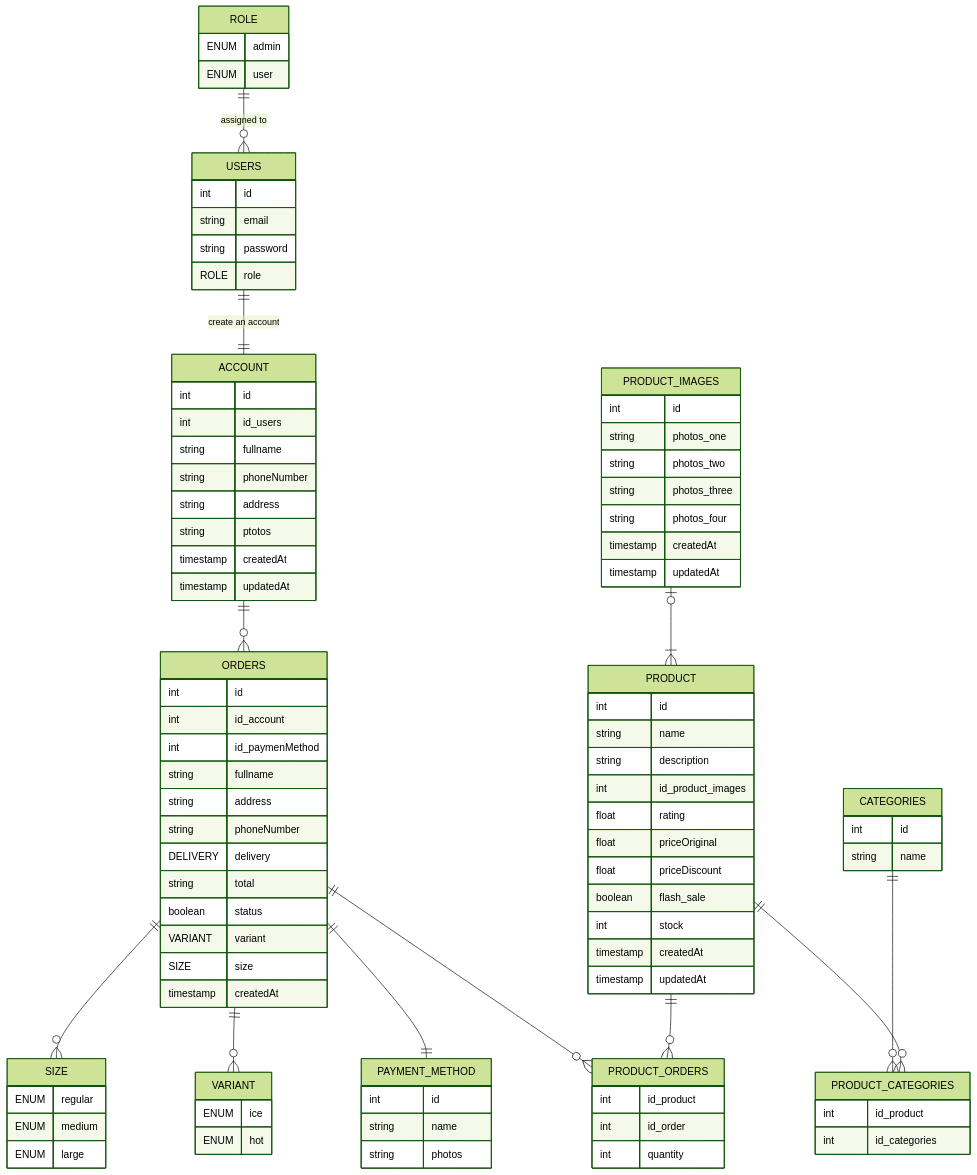
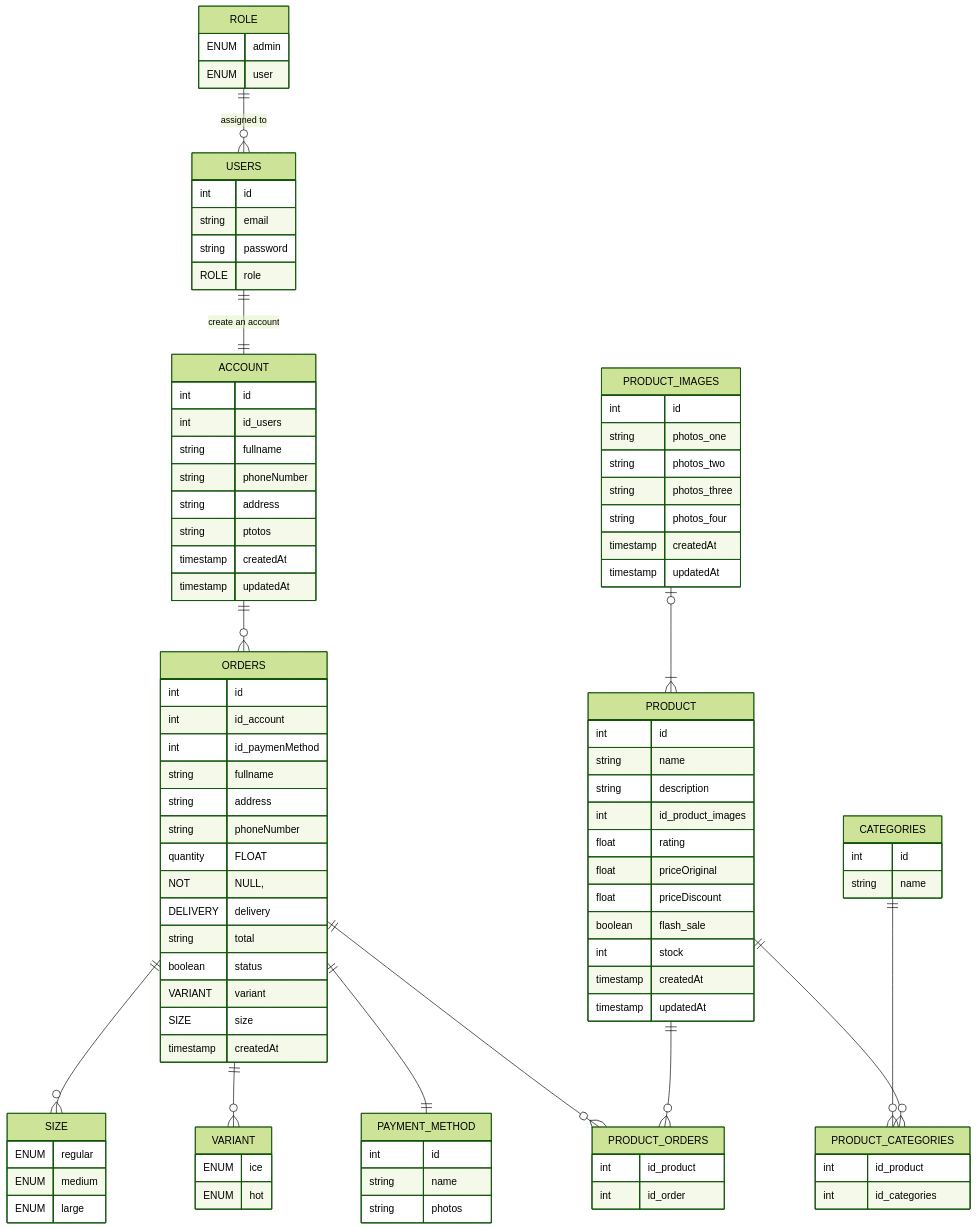
One commit to federus1105/koda-b4-db-weekly changed the diagram in README.md. Above: the diagram before and after it, drawn with Mermaid (forest theme).

Commit message:
Feat ( erd ) : column quantity on table orders

```diff
--- a/README.md
+++ b/README.md
@@ -41,6 +41,7 @@
     string fullname
     string address
     string phoneNumber
+    quantity FLOAT NOT NULL,
     DELIVERY delivery
     string total
     boolean status 
@@ -92,7 +93,6 @@
 PRODUCT_ORDERS {
    int id_product
    int id_order
-   int quantity
 }
 
 
```
